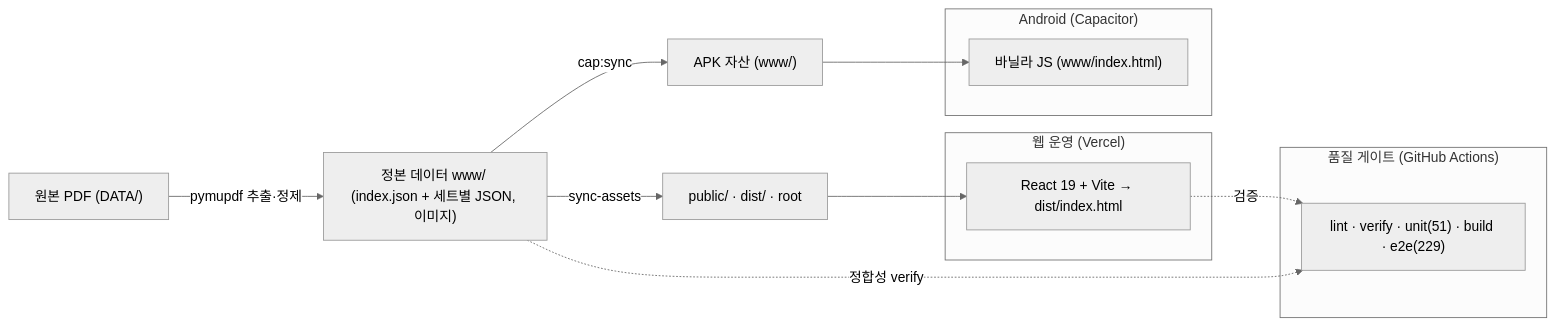
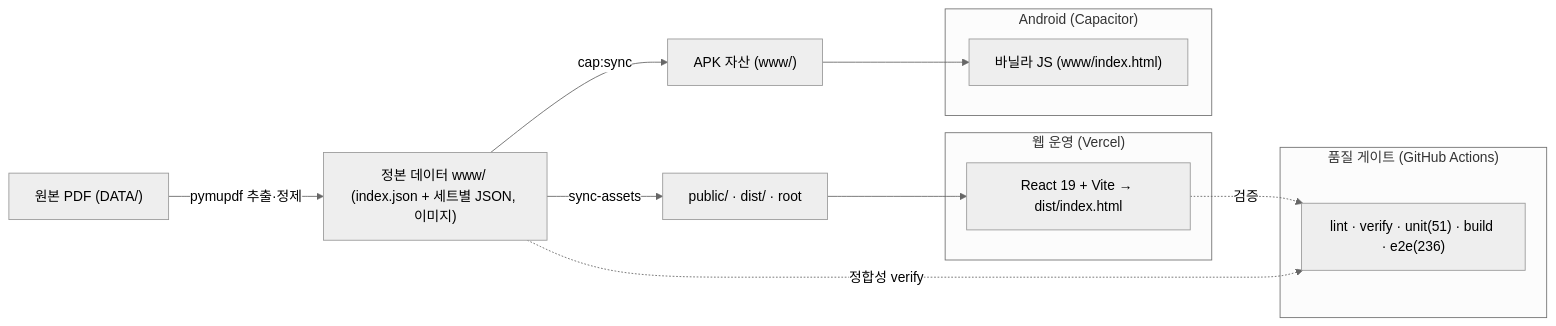
The diagram in README.md (WindowHyun/ISTQB), drawn with Mermaid (neutral theme) before and after one commit. The commit also changed other lines of this file and 9 other files, not shown here.

````diff
--- a/README.md
+++ b/README.md
@@ -163,21 +163,21 @@
 ```mermaid
 flowchart LR
   PDF["원본 PDF (DATA/)"] -->|pymupdf 추출·정제| SRC["정본 데이터 www/ (index.json + 세트별 JSON, 이미지)"]
   SRC -->|sync-assets| PUB["public/ · dist/ · root"]
   SRC -->|cap:sync| WWW["APK 자산 (www/)"]
 
   subgraph 웹_운영["웹 운영 (Vercel)"]
     REACT["React 19 + Vite → dist/index.html"]
   end
   subgraph APK["Android (Capacitor)"]
     VANILLA["바닐라 JS (www/index.html)"]
   end
   PUB --> REACT
   WWW --> VANILLA
 
   subgraph 품질["품질 게이트 (GitHub Actions)"]
-    CI["lint · verify · unit(51) · build · e2e(229)"]
+    CI["lint · verify · unit(51) · build · e2e(236)"]
   end
   REACT -.검증.-> CI
   SRC -.정합성 verify.-> CI
 ```
````
